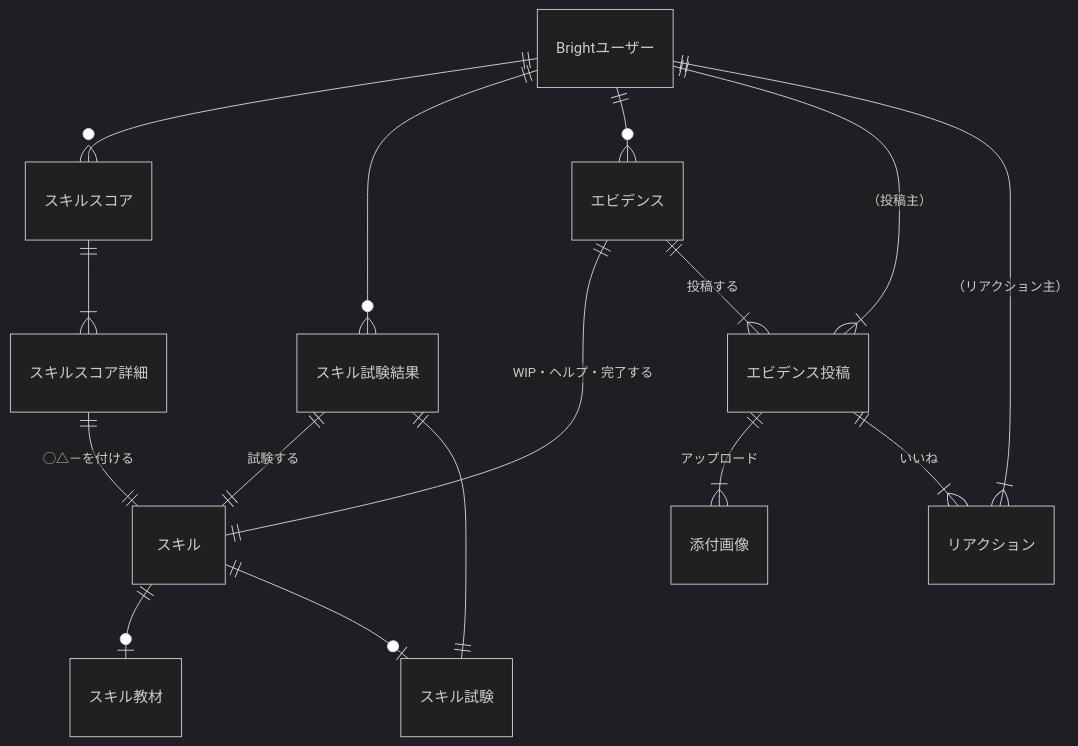
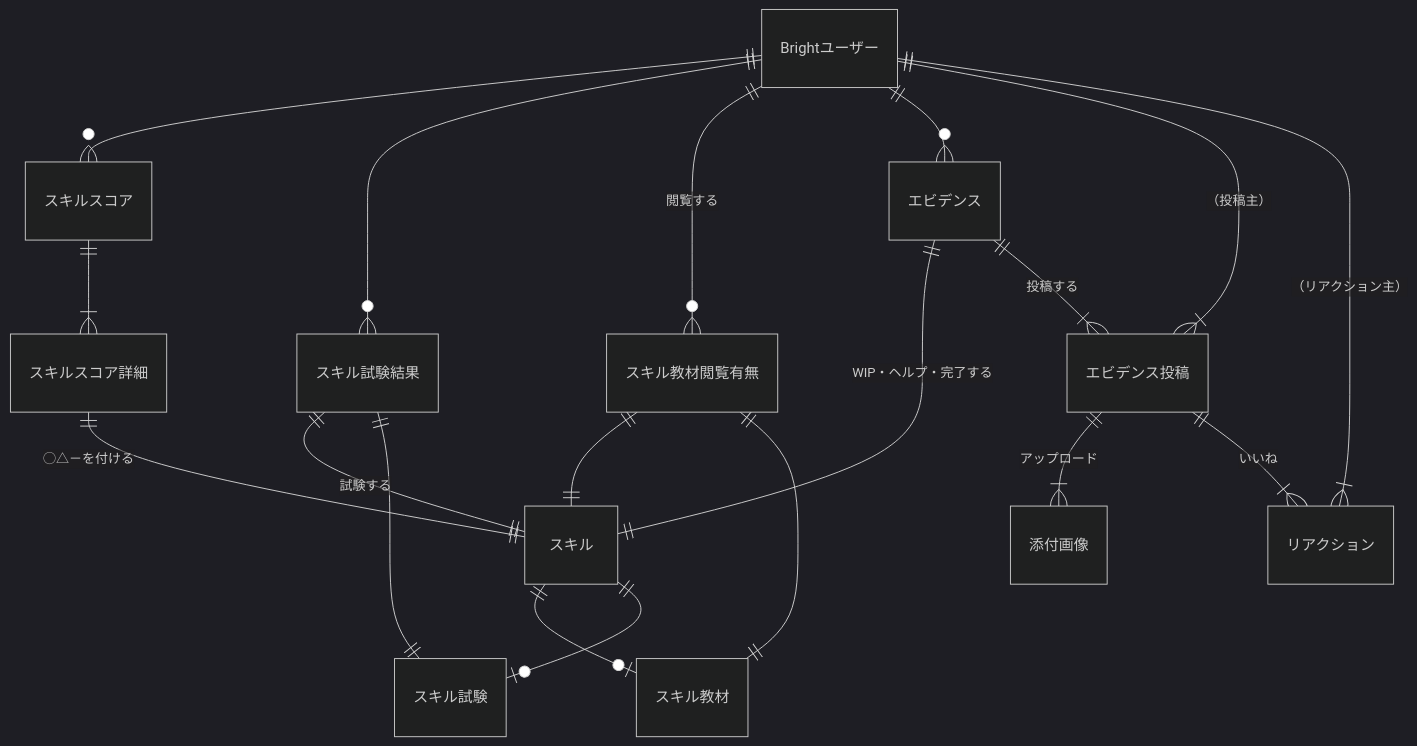
Before and after one commit to bright-org/bright: the first of 3 diagrams in docs/conceptual_schemas/skill_user_relations.md, drawn with Mermaid (dark theme). The commit also changed other lines of this file and 1 other file, not shown here.

````diff
--- a/docs/conceptual_schemas/skill_user_relations.md
+++ b/docs/conceptual_schemas/skill_user_relations.md
@@ -11,20 +11,23 @@
 ```mermaid
 erDiagram
   "Brightユーザー" ||--o{ "スキルスコア" : ""
   "スキルスコア" ||--|{ "スキルスコア詳細" : ""
   "スキルスコア詳細" ||--||  "スキル" : "◯△－を付ける"
 
   "スキル" ||--o| "スキル教材" : ""
   "スキル" ||--o| "スキル試験" : ""
 
   "Brightユーザー" ||--o{ "スキル試験結果" : ""
   "スキル試験結果" ||--|| "スキル" : "試験する"
   "スキル試験結果" ||--|| "スキル試験" : ""
+  "Brightユーザー" ||--o{ "スキル教材閲覧有無" : "閲覧する"
+  "スキル教材閲覧有無" ||--|| "スキル" : ""
+  "スキル教材閲覧有無" ||--|| "スキル教材" : ""
   "Brightユーザー" ||--o{ "エビデンス" : ""
   "エビデンス" ||--|| "スキル" : "WIP・ヘルプ・完了する"
   "エビデンス" ||--|{ "エビデンス投稿" : "投稿する"
   "エビデンス投稿" }|--|| "Brightユーザー" : "（投稿主）"
   "エビデンス投稿" ||--|{ "添付画像" : "アップロード"
   "エビデンス投稿" ||--|{ "リアクション" : "いいね"
   "リアクション" }|--|| "Brightユーザー" : "（リアクション主）"
 ```
````
